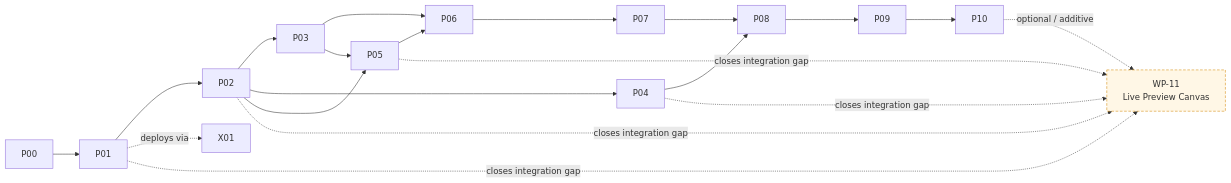
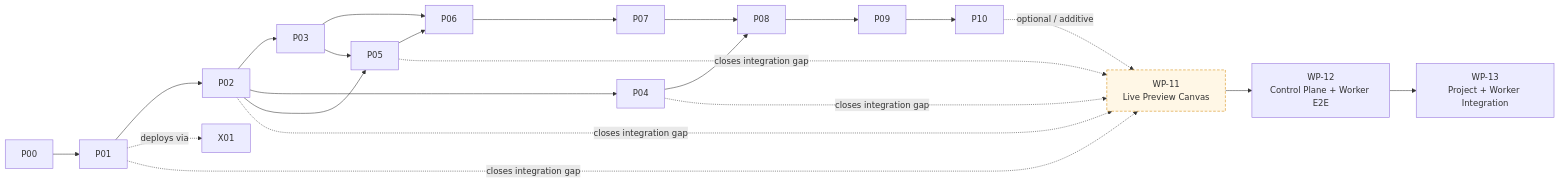
Before and after one commit to hadimoti/joy-media: the diagram in ORCHESTRATION.md, drawn with Mermaid. The commit also changed other lines of this file and 5 other files, not shown here.

````diff
--- a/ORCHESTRATION.md
+++ b/ORCHESTRATION.md
@@ -28,18 +29,19 @@
 ```mermaid
 flowchart LR
     P00 --> P01 --> P02
     P02 --> P03 --> P06
     P02 --> P04 --> P08
     P02 --> P05 --> P06
     P03 --> P05
     P06 --> P07 --> P08
     P08 --> P09 --> P10
     P01 -.deploys via.-> X01
     P10 -.optional / additive.-> WP11[WP-11<br/>Live Preview Canvas]
+    WP11 --> WP12[WP-12<br/>Control Plane + Worker E2E] --> WP13[WP-13<br/>Project + Worker Integration]
     P05 -.closes integration gap.-> WP11
     P04 -.closes integration gap.-> WP11
     P02 -.closes integration gap.-> WP11
     P01 -.closes integration gap.-> WP11
     classDef opt fill:#fff7e6,stroke:#d48806,stroke-dasharray: 5 3
     class WP11 opt
 ```
````
